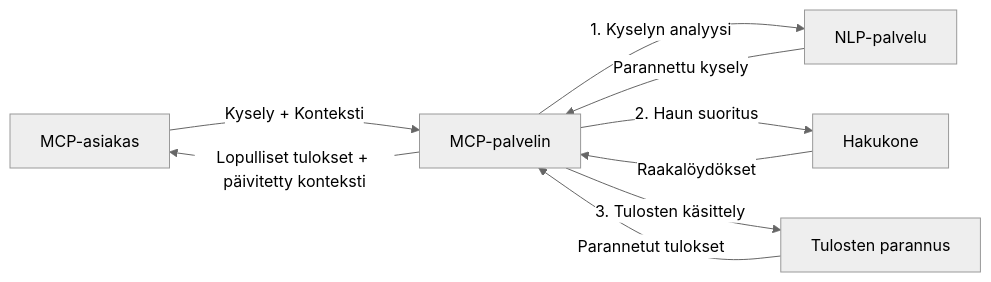
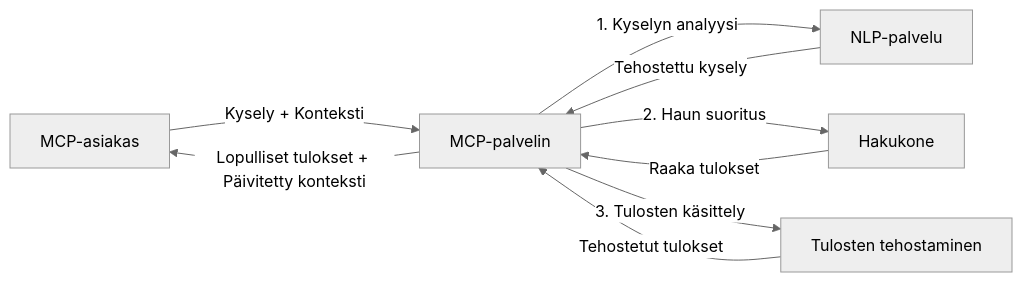
Before and after one commit to microsoft/mcp-for-beginners: the fourth of 4 diagrams in translations/fi/05-AdvancedTopics/mcp-realtimesearch/README.md, drawn with Mermaid (neutral theme). The commit also changed other lines of this file and 156 other files, not shown here.

````diff
--- a/translations/fi/05-AdvancedTopics/mcp-realtimesearch/README.md
+++ b/translations/fi/05-AdvancedTopics/mcp-realtimesearch/README.md
@@ -626,11 +628,11 @@
 ```mermaid
 graph LR
     Client[MCP-asiakas] --> |Kysely + Konteksti| Server[MCP-palvelin]
     Server --> |1. Kyselyn analyysi| NLP[NLP-palvelu]
-    NLP --> |Parannettu kysely| Server
+    NLP --> |Tehostettu kysely| Server
     Server --> |2. Haun suoritus| Search[Hakukone]
-    Search --> |Raakalöydökset| Server
-    Server --> |3. Tulosten käsittely| Enhancement[Tulosten parannus]
-    Enhancement --> |Parannetut tulokset| Server
-    Server --> |Lopulliset tulokset + päivitetty konteksti| Client
+    Search --> |Raaka tulokset| Server
+    Server --> |3. Tulosten käsittely| Enhancement[Tulosten tehostaminen]
+    Enhancement --> |Tehostetut tulokset| Server
+    Server --> |Lopulliset tulokset + Päivitetty konteksti| Client
 ```
````
